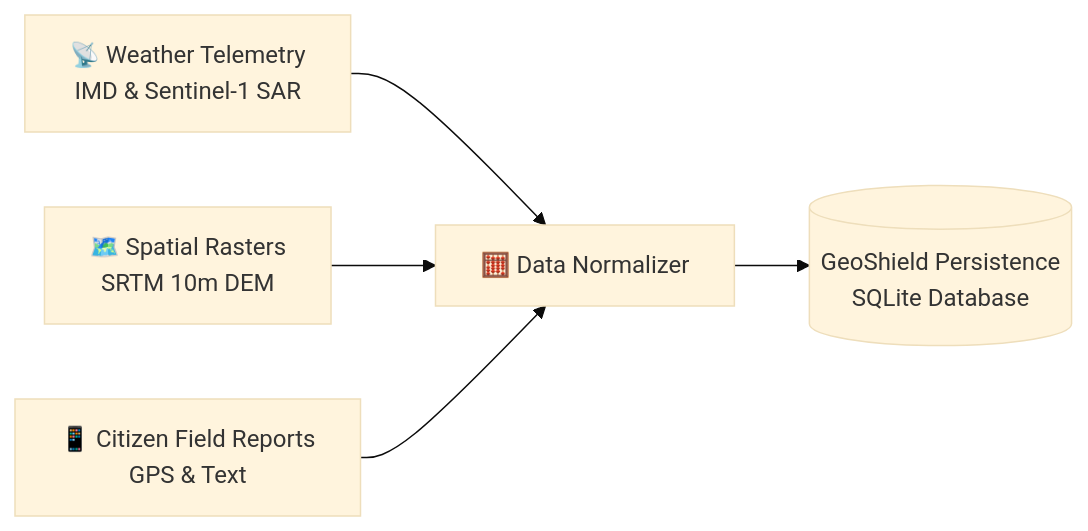
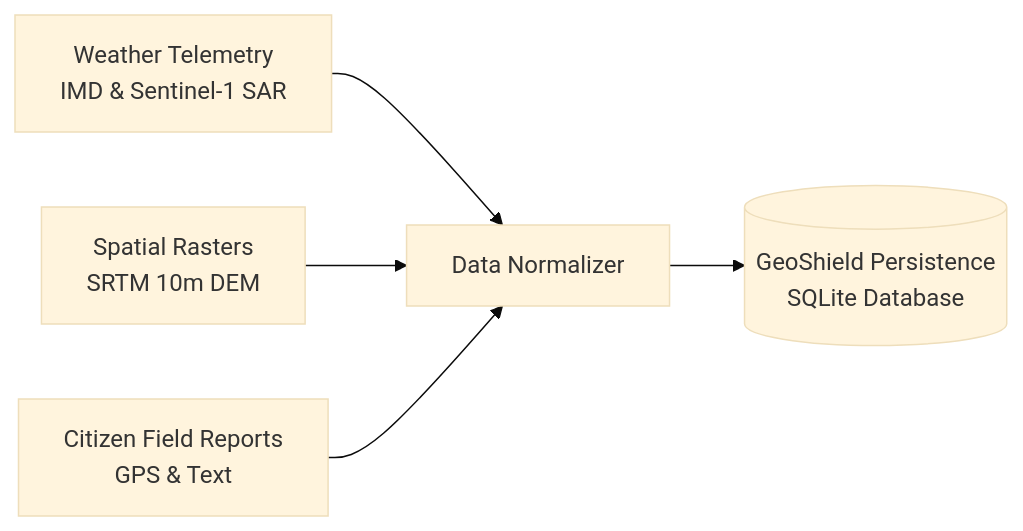
Before and after one commit to hitanshinahar/georesilience: the diagram in docs/DATA.md, drawn with Mermaid (base theme). The commit also changed other lines of this file and 10 other files, not shown here.

````diff
--- a/docs/DATA.md
+++ b/docs/DATA.md
@@ -9,7 +9,7 @@
 ```mermaid
 flowchart LR
-    A[📡 Weather Telemetry<br/>IMD & Sentinel-1 SAR] --> D[🧮 Data Normalizer]
-    B[🗺️ Spatial Rasters<br/>SRTM 10m DEM] --> D
-    C[📱 Citizen Field Reports<br/>GPS & Text] --> D
+    A[Weather Telemetry<br/>IMD & Sentinel-1 SAR] --> D[Data Normalizer]
+    B[Spatial Rasters<br/>SRTM 10m DEM] --> D
+    C[Citizen Field Reports<br/>GPS & Text] --> D
     D --> E[(GeoShield Persistence<br/>SQLite Database)]
 ```
````
